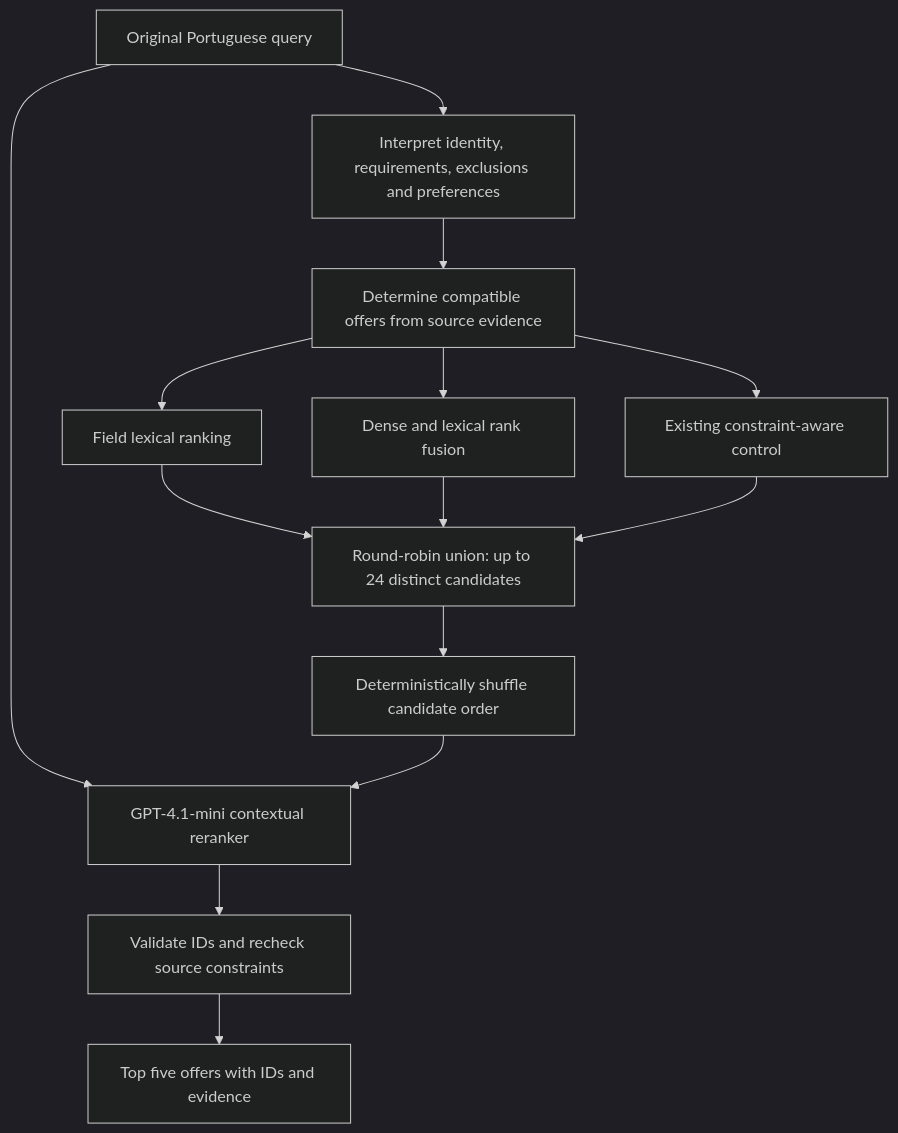
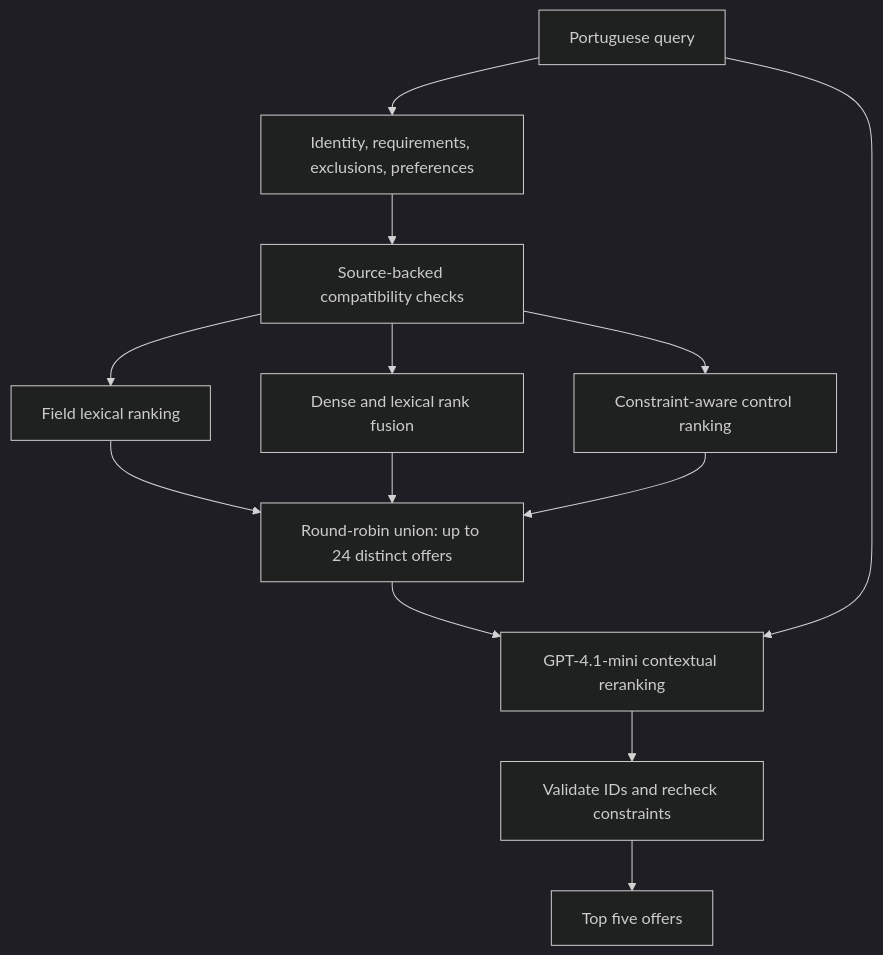
The second of 2 diagrams in README.md (oscar-omlf/prosus-retrieval), drawn with Mermaid (dark theme) before and after one commit. The commit also changed other lines of this file and 2 other files, not shown here.

Commit message:
docs: explain the pipeline and source-only repository layout

````diff
--- a/README.md
+++ b/README.md
@@ -78,16 +56,15 @@
 ```mermaid
 flowchart TD
-    Q[Original Portuguese query] --> P[Interpret identity, requirements, exclusions and preferences]
-    P --> G[Determine compatible offers from source evidence]
-    G --> L[Field lexical ranking]
-    G --> H[Dense and lexical rank fusion]
-    G --> C[Existing constraint-aware control]
-    L --> U[Round-robin union: up to 24 distinct candidates]
-    H --> U
-    C --> U
-    U --> S[Deterministically shuffle candidate order]
-    Q --> R[GPT-4.1-mini contextual reranker]
-    S --> R
-    R --> V[Validate IDs and recheck source constraints]
-    V --> O[Top five offers with IDs and evidence]
+    A[Portuguese query] --> B[Identity, requirements, exclusions, preferences]
+    B --> C[Source-backed compatibility checks]
+    C --> D[Field lexical ranking]
+    C --> E[Dense and lexical rank fusion]
+    C --> F[Constraint-aware control ranking]
+    D --> G[Round-robin union: up to 24 distinct offers]
+    E --> G
+    F --> G
+    G --> H[GPT-4.1-mini contextual reranking]
+    A --> H
+    H --> I[Validate IDs and recheck constraints]
+    I --> J[Top five offers]
 ```
````
